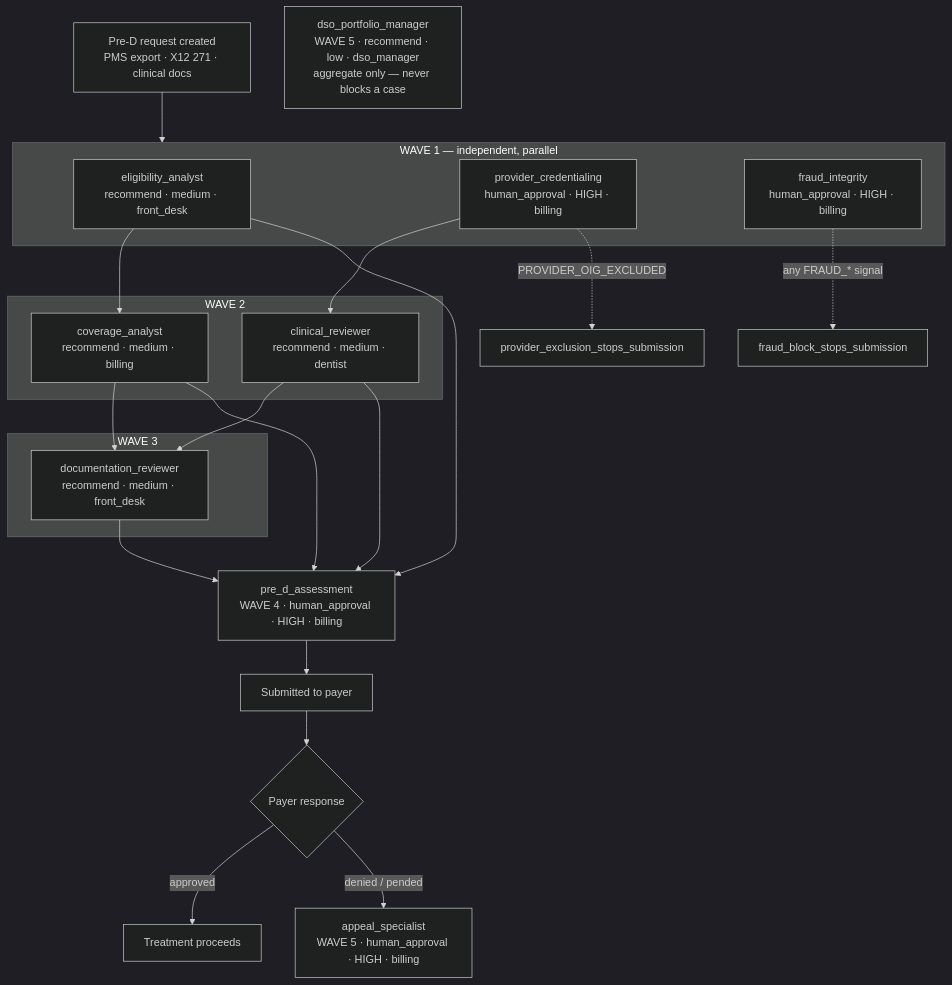
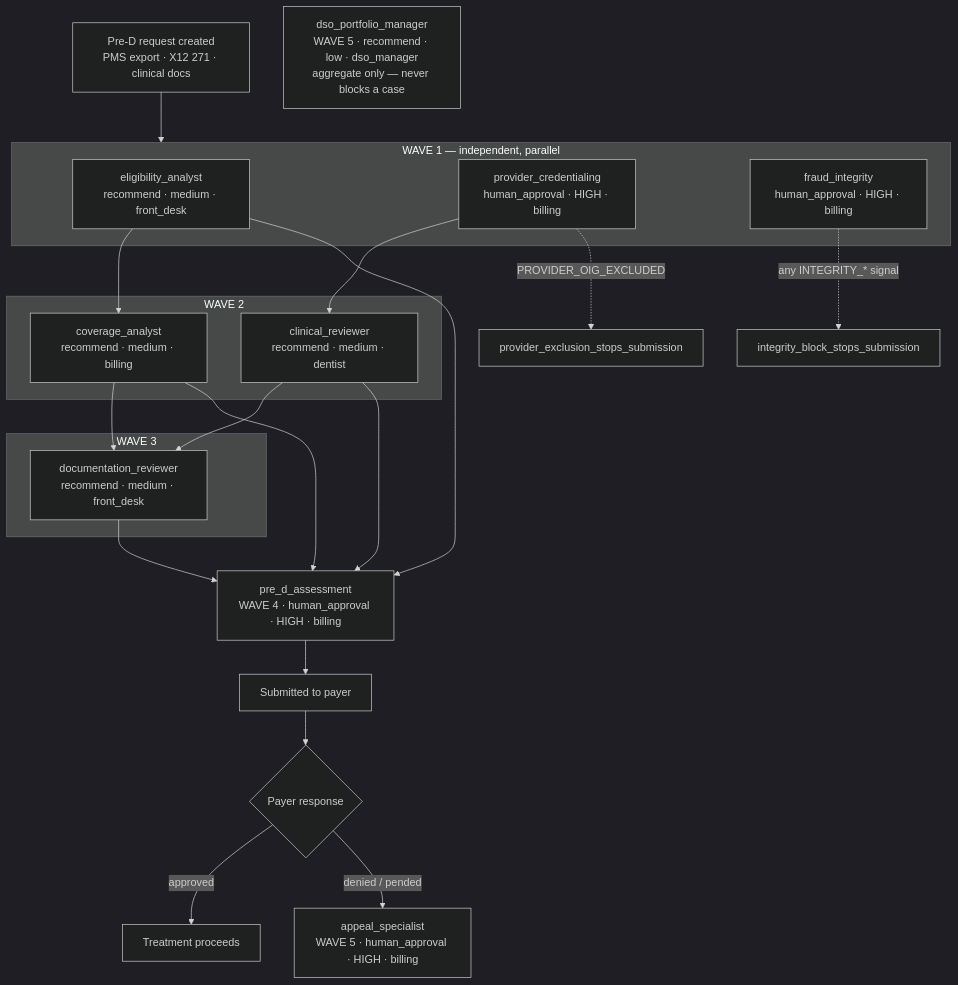
One commit to krishnamami/dental-os changed the diagram in docs/PRD.md. Above: the diagram before and after it, drawn with Mermaid (dark theme). The commit also changed 12 other files, not shown here.

````diff
--- a/docs/PRD.md
+++ b/docs/PRD.md
@@ -221,39 +221,39 @@
 ```mermaid
 flowchart TD
     PRED[Pre-D request created<br/>PMS export · X12 271 · clinical docs] --> W1
 
     subgraph W1[WAVE 1 — independent, parallel]
       EA[eligibility_analyst<br/>recommend · medium · front_desk]
       PC[provider_credentialing<br/>human_approval · HIGH · billing]
       FI[fraud_integrity<br/>human_approval · HIGH · billing]
     end
 
     subgraph W2[WAVE 2]
       CA[coverage_analyst<br/>recommend · medium · billing]
       CR[clinical_reviewer<br/>recommend · medium · dentist]
     end
 
     subgraph W3[WAVE 3]
       DR[documentation_reviewer<br/>recommend · medium · front_desk]
     end
 
     EA --> CA
     PC --> CR
     CA --> DR
     CR --> DR
 
     DR --> PD[pre_d_assessment<br/>WAVE 4 · human_approval · HIGH · billing]
     EA --> PD
     CA --> PD
     CR --> PD
 
     PD --> SUBMIT[Submitted to payer]
     SUBMIT --> RESP{Payer response}
     RESP -->|approved| DONE[Treatment proceeds]
     RESP -->|denied / pended| AS[appeal_specialist<br/>WAVE 5 · human_approval · HIGH · billing]
 
     DSO[dso_portfolio_manager<br/>WAVE 5 · recommend · low · dso_manager<br/>aggregate only — never blocks a case]
 
-    FI -.any FRAUD_* signal.-> STOPF[fraud_block_stops_submission]
+    FI -.any INTEGRITY_* signal.-> STOPF[integrity_block_stops_submission]
     PC -.PROVIDER_OIG_EXCLUDED.-> STOPP[provider_exclusion_stops_submission]
 ```
````
